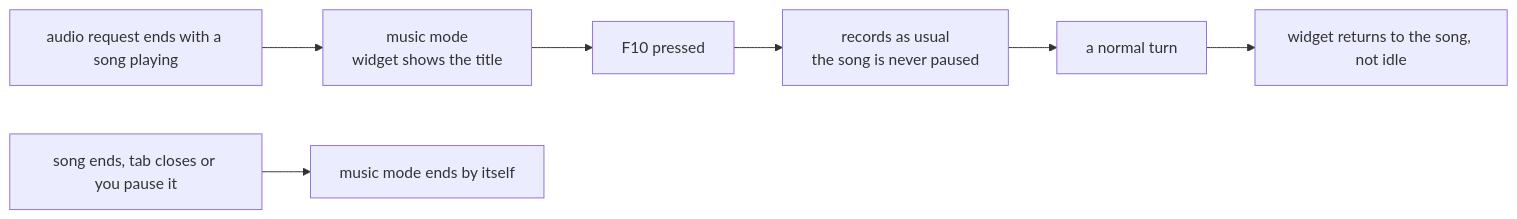
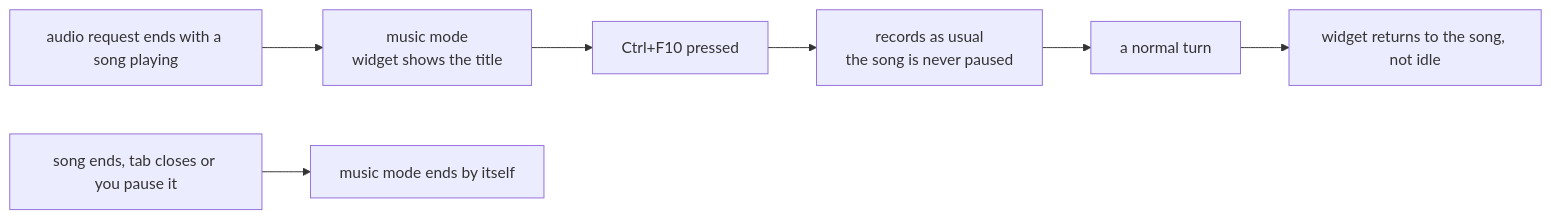
Before and after one commit to siddh30/prometheus-voice-control: the tenth of 16 diagrams in DESIGN.md, drawn with Mermaid. The commit also changed other lines of this file and 21 other files, not shown here.

Commit message:
Hotkeys are Control+key (Ctrl+F9, Ctrl+F10, Ctrl+F12); Citrix mode button types dictation key by key instead of pasting

````diff
--- a/DESIGN.md
+++ b/DESIGN.md
@@ -348,9 +350,9 @@
 ```mermaid
 flowchart LR
     SONG["audio request ends with a song playing"] --> MODE["music mode<br/>widget shows the title"]
-    MODE --> KEY["F10 pressed"]
+    MODE --> KEY["Ctrl+F10 pressed"]
     KEY --> REC["records as usual<br/>the song is never paused"]
     REC --> TURN["a normal turn"]
     TURN --> BACK["widget returns to the song, not idle"]
     ENDED["song ends, tab closes or you pause it"] --> OUT["music mode ends by itself"]
 ```
````
